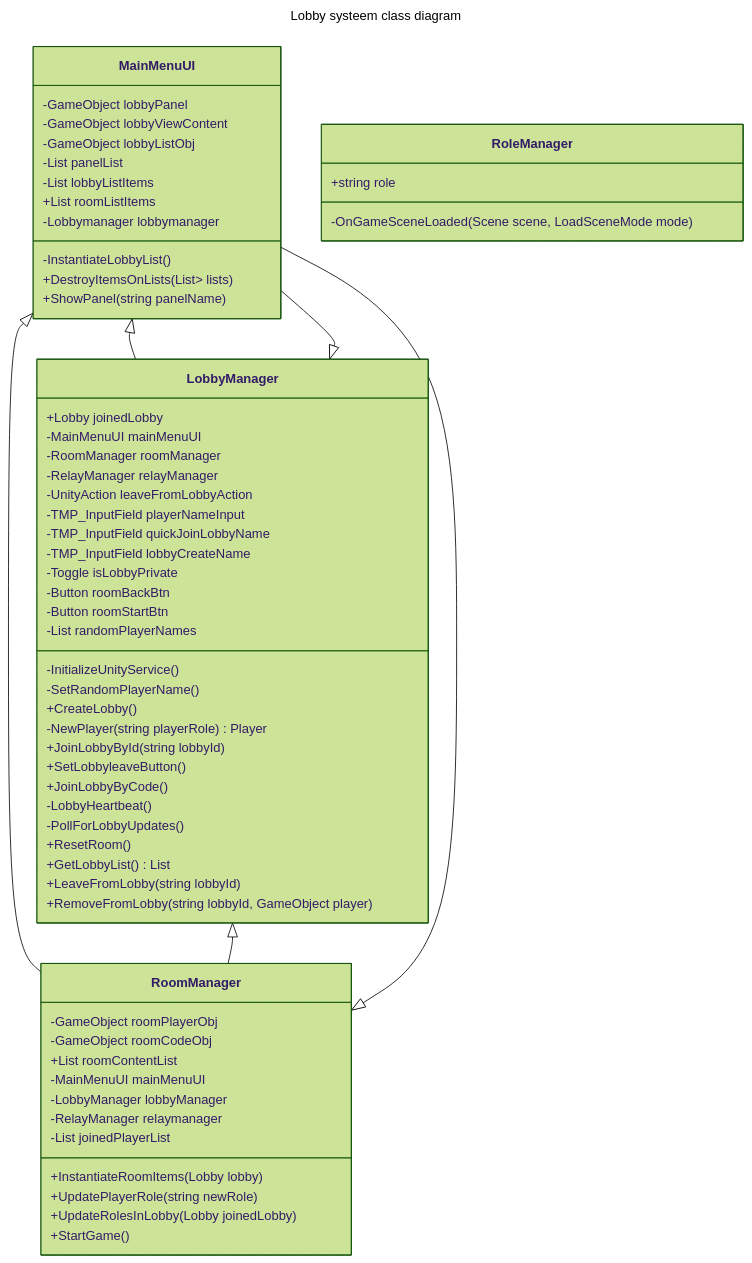
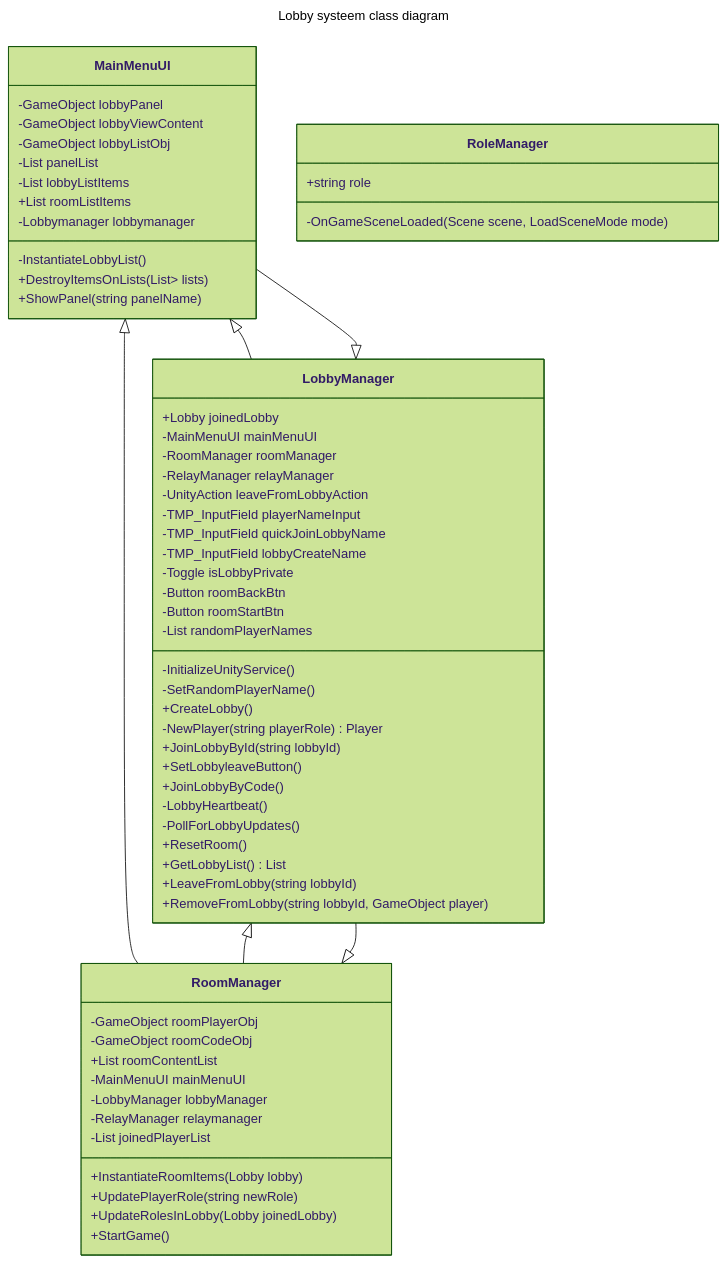
One commit to T3rabyte/Examen changed the third of 4 diagrams in README.md. Above: the diagram before and after it, drawn with Mermaid (forest theme).

````diff
--- a/README.md
+++ b/README.md
@@ -68,67 +68,67 @@
 ```mermaid
 ---
 title: Lobby systeem class diagram
 ---
 classDiagram
     MainMenuUI <|-- LobbyManager
     LobbyManager <|-- MainMenuUI
     MainMenuUI <|-- RoomManager
     LobbyManager <|-- RoomManager
-    RoomManager <|-- MainMenuUI
+    RoomManager <|-- LobbyManager
     class MainMenuUI{
         -GameObject lobbyPanel
         -GameObject lobbyViewContent
         -GameObject lobbyListObj
         -List<GameObject> panelList
         -List<GameObject> lobbyListItems
         +List<GameObject> roomListItems
         -Lobbymanager lobbymanager
         -InstantiateLobbyList()
         +DestroyItemsOnLists(List<List<GameObjects>> lists)
         +ShowPanel(string panelName)
     }
     class LobbyManager{
         +Lobby joinedLobby
         -MainMenuUI mainMenuUI
         -RoomManager roomManager
         -RelayManager relayManager
         -UnityAction leaveFromLobbyAction
         -TMP_InputField playerNameInput
         -TMP_InputField quickJoinLobbyName
         -TMP_InputField lobbyCreateName
         -Toggle isLobbyPrivate
         -Button roomBackBtn
         -Button roomStartBtn
         -List<string> randomPlayerNames
         -InitializeUnityService()
         -SetRandomPlayerName()
         +CreateLobby()
         -NewPlayer(string playerRole) Player
         +JoinLobbyById(string lobbyId)
         +SetLobbyleaveButton()
         +JoinLobbyByCode()
         -LobbyHeartbeat()
         -PollForLobbyUpdates()
         +ResetRoom()
         +GetLobbyList() List<Lobby>
         +LeaveFromLobby(string lobbyId)
         +RemoveFromLobby(string lobbyId, GameObject player) 
     }
     class RoomManager{
         -GameObject roomPlayerObj
         -GameObject roomCodeObj
         +List<GameObject> roomContentList
         -MainMenuUI mainMenuUI
         -LobbyManager lobbyManager
         -RelayManager relaymanager
         -List<Player> joinedPlayerList
         +InstantiateRoomItems(Lobby lobby)
         +UpdatePlayerRole(string newRole) 
         +UpdateRolesInLobby(Lobby joinedLobby) 
         +StartGame()
     }
     class RoleManager{
         +string role
         -OnGameSceneLoaded(Scene scene, LoadSceneMode mode)
     }
 ```
````
